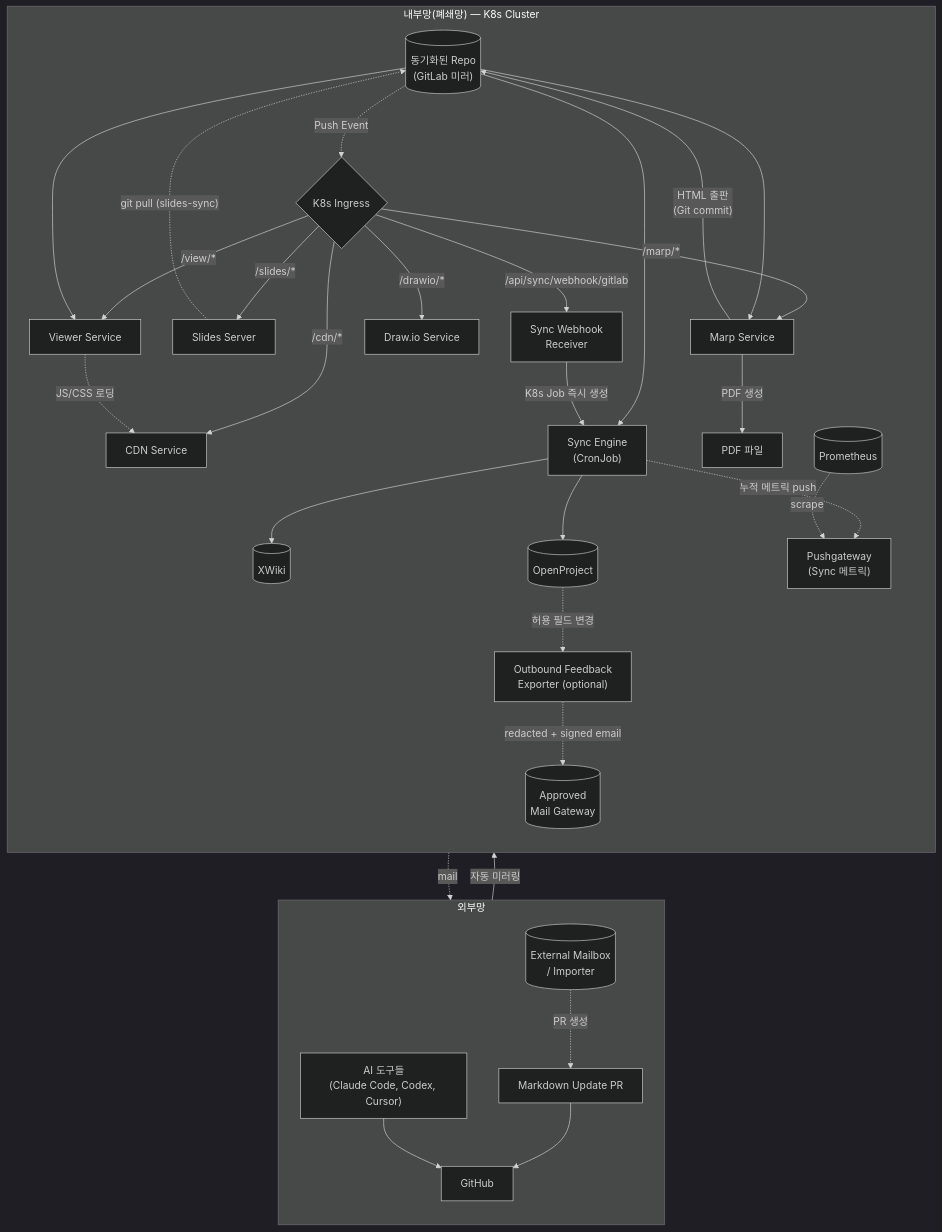
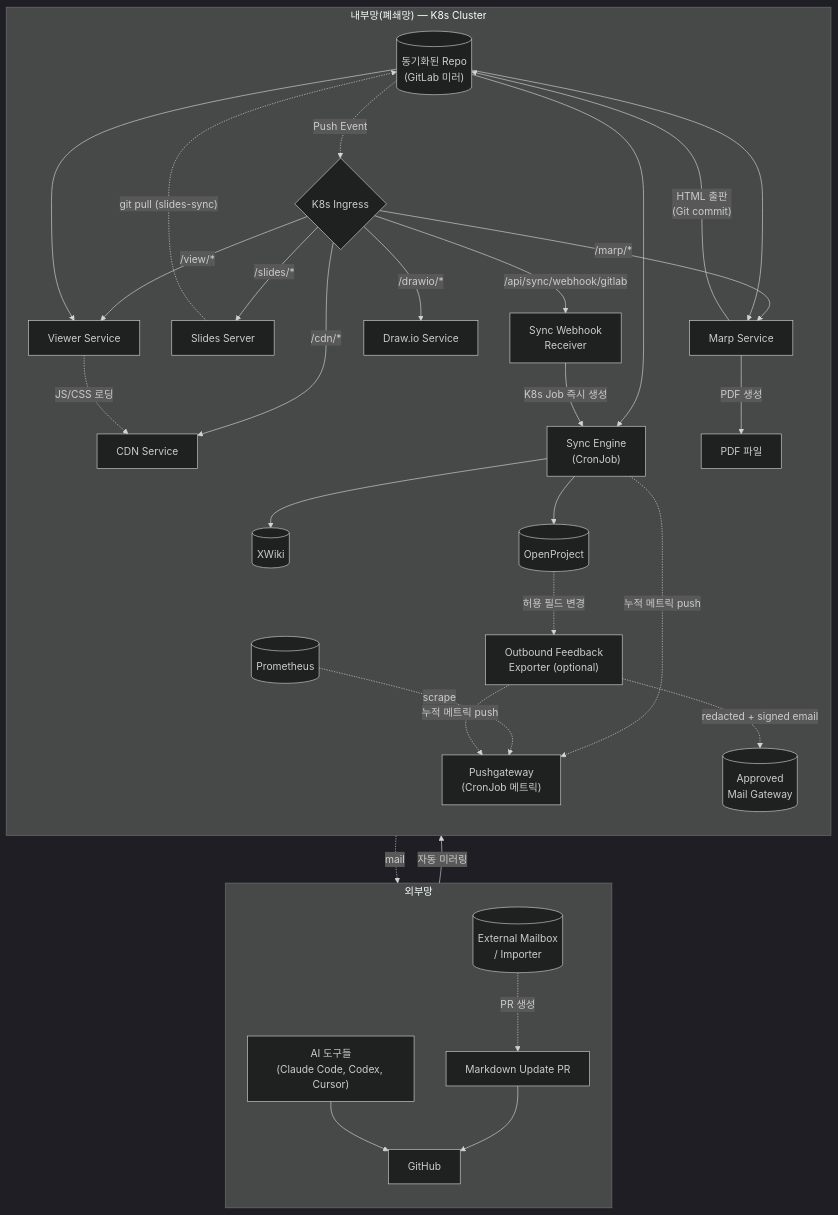
One commit to sch0718/synctx changed the first of 2 diagrams in README.md. Above: the diagram before and after it, drawn with Mermaid (dark theme). The commit also changed other lines of this file and 15 other files, not shown here.

First line of the commit message:
feat(feedback): Feedback CronJob 메트릭을 Pushgateway로 수집하고 Feedback Alert를 평가 가능하게 한다 (#52)

````diff
--- a/README.md
+++ b/README.md
@@ -43,67 +43,68 @@
 ```mermaid
 flowchart TB
     subgraph External["외부망"]
         direction TB
         AI["AI 도구들<br>(Claude Code, Codex, Cursor)"]
         GitHub["GitHub"]
         ExternalInbox[("External Mailbox<br>/ Importer")]
         PR["Markdown Update PR"]
 
         AI --> GitHub
         ExternalInbox -. "PR 생성" .-> PR
         PR --> GitHub
     end
 
     subgraph Internal["내부망(폐쇄망) — K8s Cluster"]
         direction TB
         GitLab[("동기화된 Repo<br>(GitLab 미러)")]
         GitHub -- "자동 미러링" --> GitLab
 
         Ingress{"K8s Ingress"}
         Viewer["Viewer Service"]
         CDN["CDN Service"]
         Drawio["Draw.io Service"]
         Marp["Marp Service"]
         Slides["Slides Server"]
         SyncWebhook["Sync Webhook<br>Receiver"]
         Sync["Sync Engine<br>(CronJob)"]
-        Pushgateway["Pushgateway<br>(Sync 메트릭)"]
+        Pushgateway["Pushgateway<br>(CronJob 메트릭)"]
         Prometheus[("Prometheus")]
         Feedback["Outbound Feedback<br>Exporter (optional)"]
         MailGateway[("Approved<br>Mail Gateway")]
 
         XWiki[("XWiki")]
         OP[("OpenProject")]
 
         GitLab -. "Push Event" .-> Ingress
 
         Ingress -- "/view/*" --> Viewer
         Ingress -- "/cdn/*" --> CDN
         Ingress -- "/slides/*" --> Slides
         Ingress -- "/marp/*" --> Marp
         Ingress -- "/drawio/*" --> Drawio
         Ingress -- "/api/sync/webhook/gitlab" --> SyncWebhook
 
         GitLab --> Viewer
         GitLab --> Marp
         GitLab --> Sync
 
         Viewer -. "JS/CSS 로딩" .-> CDN
 
         Marp -- "PDF 생성" --> PDF["PDF 파일"]
         Marp -- "HTML 출판<br>(Git commit)" --> GitLab
 
         Slides -. "git pull (slides-sync)" .-> GitLab
 
         SyncWebhook -- "K8s Job 즉시 생성" --> Sync
         Sync --> XWiki
         Sync --> OP
         Sync -. "누적 메트릭 push" .-> Pushgateway
         Prometheus -. "scrape" .-> Pushgateway
 
         OP -. "허용 필드 변경" .-> Feedback
         Feedback -. "redacted + signed email" .-> MailGateway
+        Feedback -. "누적 메트릭 push" .-> Pushgateway
     end
 
     MailGateway -. "mail" .-> ExternalInbox
 ```
````
